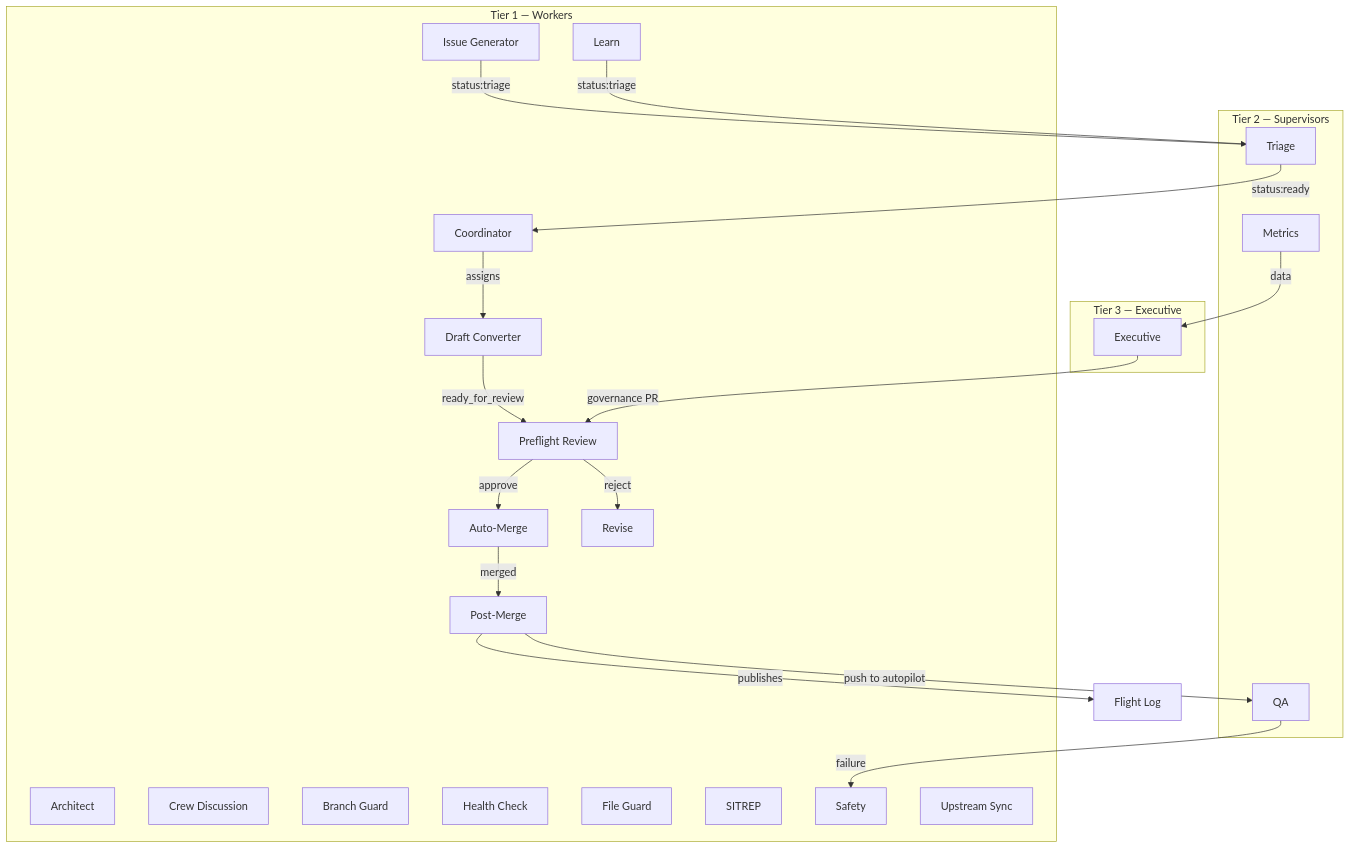
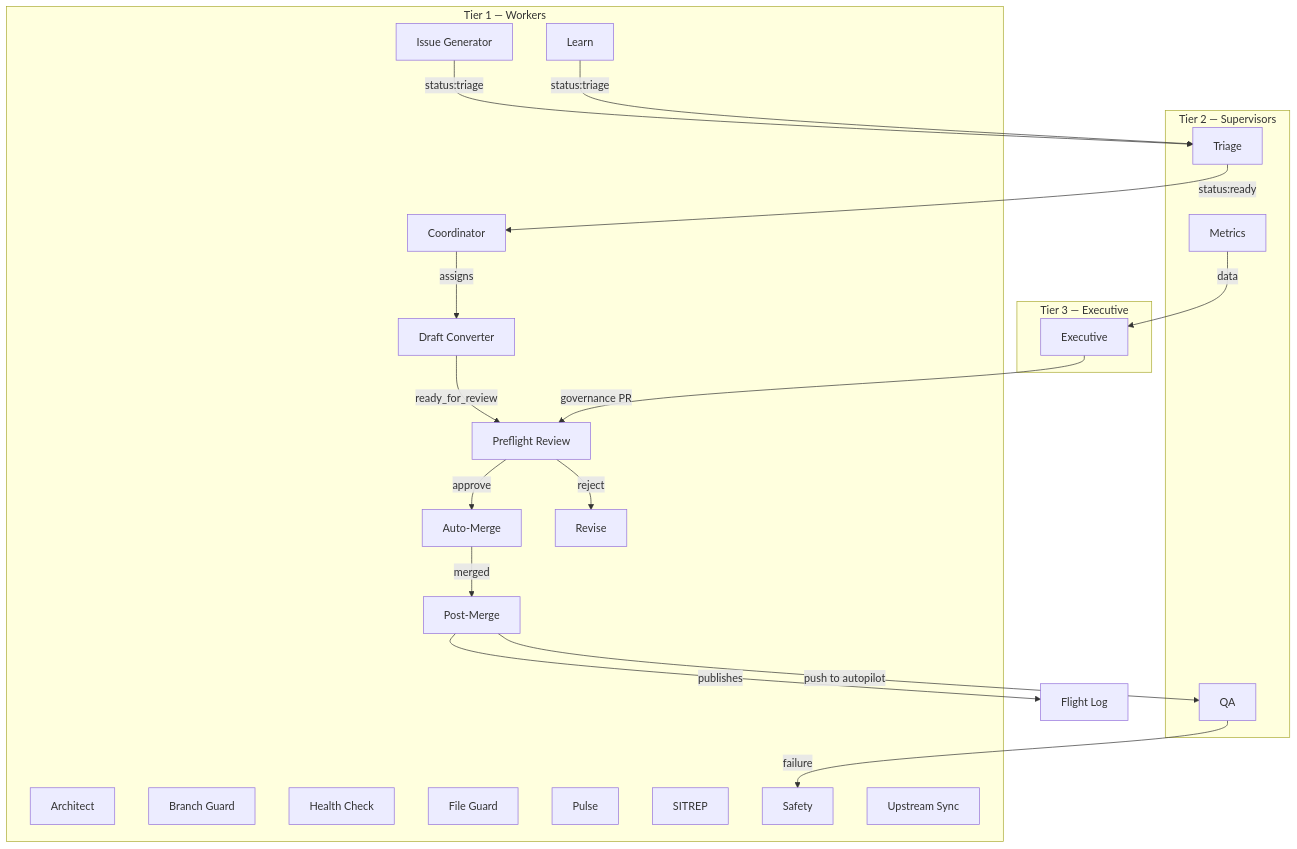
The diagram in ARCHITECTURE.md (nopilots/wordpress-develop), drawn with Mermaid before and after one commit. The commit also changed other lines of this file, not shown here.

Commit message:
Update architecture diagram

````diff
--- a/ARCHITECTURE.md
+++ b/ARCHITECTURE.md
@@ -11,49 +11,49 @@
 ```mermaid
 graph TD
 
     subgraph "Tier 3 — Executive"
         EXECUTIVE["Executive"]
     end
 
     subgraph "Tier 2 — Supervisors"
         METRICS["Metrics"]
         QA["QA"]
         TRIAGE["Triage"]
     end
 
     subgraph "Tier 1 — Workers"
         ARCHITECT["Architect"]
         CLEANUP["Post-Merge"]
         COORDINATOR["Coordinator"]
-        DISCUSS["Crew Discussion"]
         GUARD["Branch Guard"]
         HEALTH-CHECK["Health Check"]
         ISSUE-GENERATOR["Issue Generator"]
         LEARN["Learn"]
         MERGE["Auto-Merge"]
         PROTECTED-FILES["File Guard"]
+        PULSE["Pulse"]
         READY["Draft Converter"]
         REFLECTION["SITREP"]
         REVIEW["Preflight Review"]
         REVISE["Revise"]
         SAFETY["Safety"]
         SYNC-UPSTREAM["Upstream Sync"]
     end
 
     %% Data flows
     ISSUE-GENERATOR -->|status:triage| TRIAGE
     LEARN -->|status:triage| TRIAGE
     TRIAGE -->|status:ready| COORDINATOR
     COORDINATOR -->|assigns| READY["Draft Converter"]
     READY -->|ready_for_review| REVIEW
     REVIEW -->|approve| MERGE["Auto-Merge"]
     REVIEW -->|reject| REVISE
     MERGE -->|merged| CLEANUP
     CLEANUP -->|push to autopilot| QA
     CLEANUP -->|publishes| FL["Flight Log"]
     QA -->|failure| SAFETY
     METRICS -->|data| EXECUTIVE
     EXECUTIVE -->|governance PR| REVIEW
 
     %% Composite action: publish-to-flight-log
 ```
````
